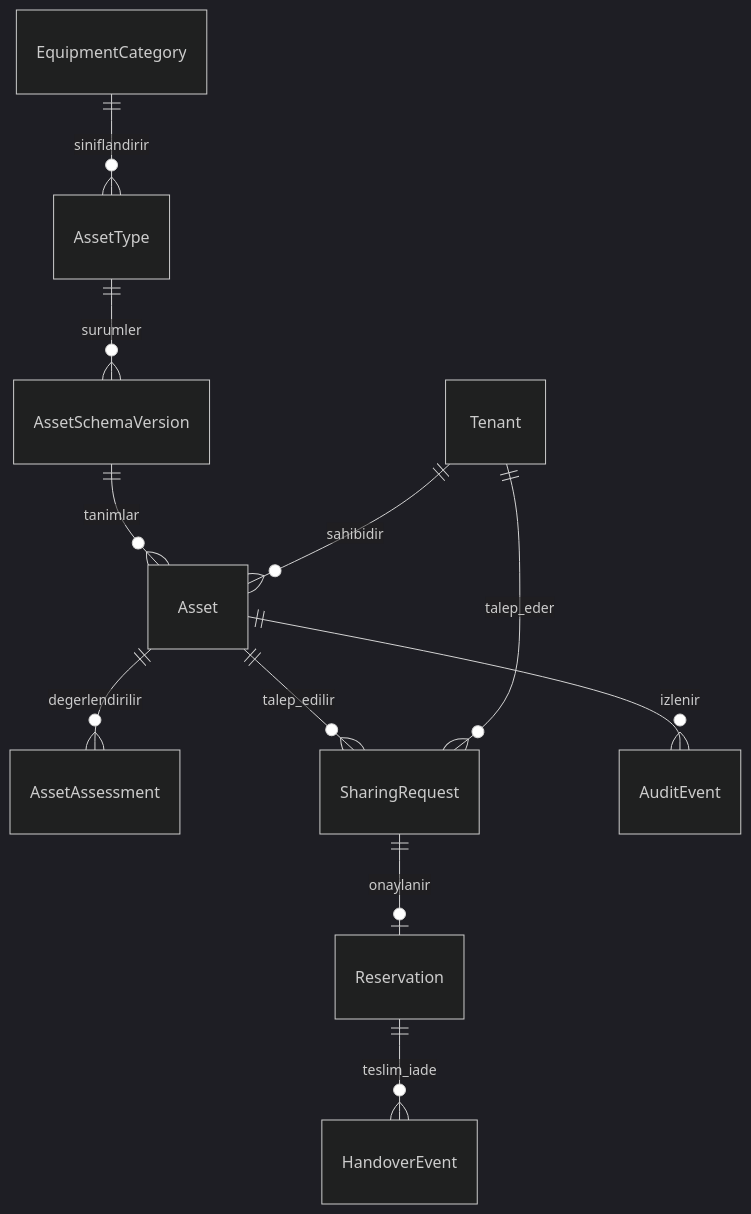
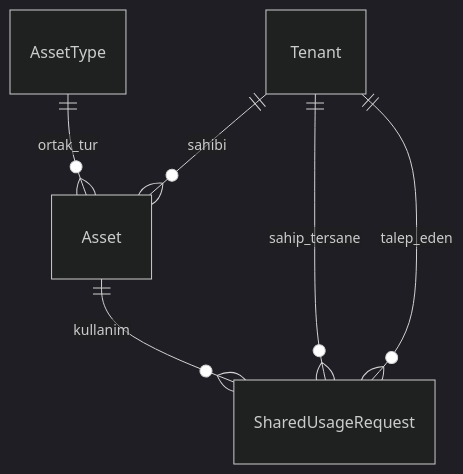
The diagram in docs/GISBIR_SSRP_GAP_ANALIZI.md (sametgenc/gisasinventory), drawn with Mermaid (dark theme) before and after one commit. The commit also changed other lines of this file and 168 other files, not shown here.

````diff
--- a/docs/GISBIR_SSRP_GAP_ANALIZI.md
+++ b/docs/GISBIR_SSRP_GAP_ANALIZI.md
@@ -85,13 +85,8 @@
 ```mermaid
 erDiagram
-    EquipmentCategory ||--o{ AssetType : siniflandirir
-    AssetType ||--o{ AssetSchemaVersion : surumler
-    AssetSchemaVersion ||--o{ Asset : tanimlar
-    Tenant ||--o{ Asset : sahibidir
-    Asset ||--o{ AssetAssessment : degerlendirilir
-    Asset ||--o{ SharingRequest : talep_edilir
-    Tenant ||--o{ SharingRequest : talep_eder
-    SharingRequest ||--o| Reservation : onaylanir
-    Reservation ||--o{ HandoverEvent : teslim_iade
-    Asset ||--o{ AuditEvent : izlenir
+    AssetType ||--o{ Asset : ortak_tur
+    Tenant ||--o{ Asset : sahibi
+    Asset ||--o{ SharedUsageRequest : kullanim
+    Tenant ||--o{ SharedUsageRequest : sahip_tersane
+    Tenant ||--o{ SharedUsageRequest : talep_eden
 ```
````
